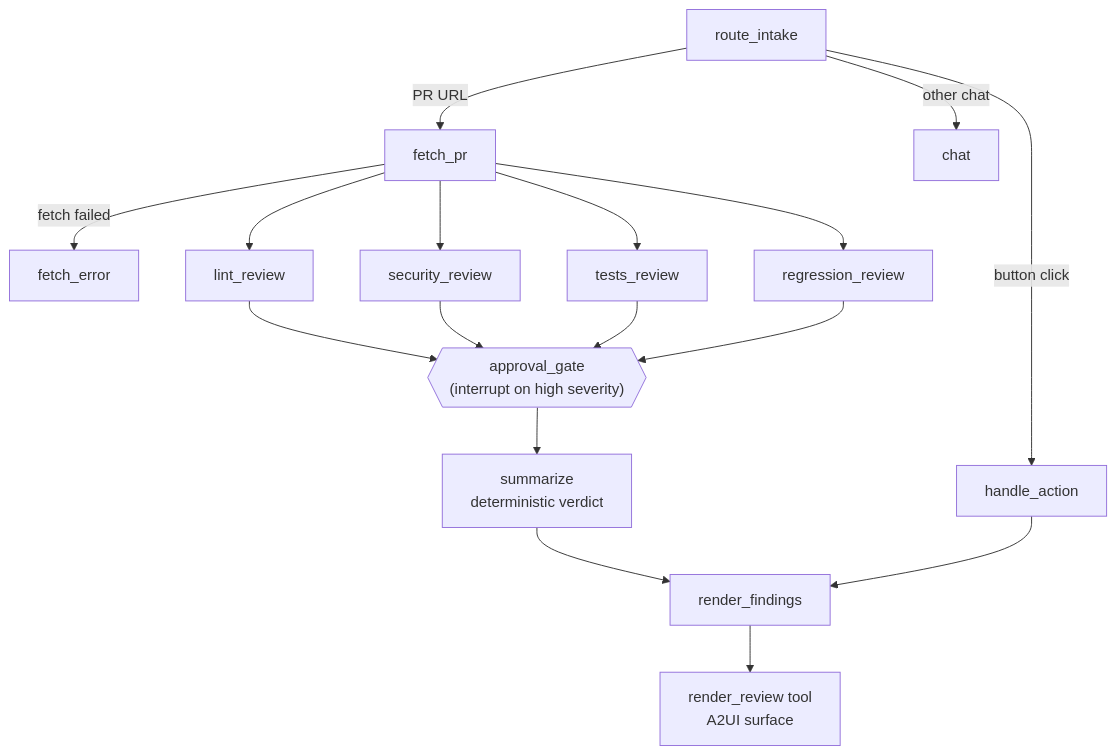
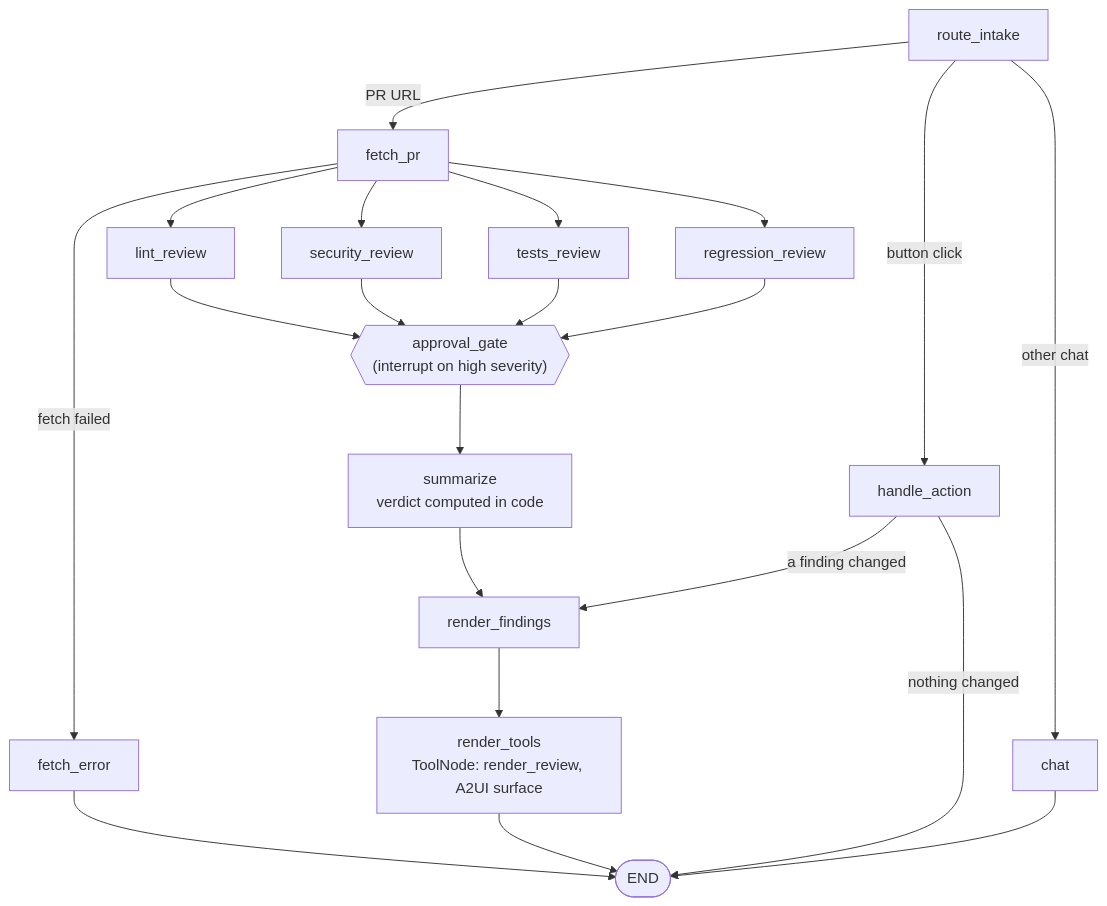
The diagram in README.md (pshashanka/review-deck), drawn with Mermaid before and after one commit. The commit also changed other lines of this file, not shown here.

````diff
--- a/README.md
+++ b/README.md
@@ -7,19 +7,23 @@
 ```mermaid
 flowchart TD
     A[route_intake] -->|PR URL| B[fetch_pr]
     A -->|button click| H[handle_action]
     A -->|other chat| C[chat]
     B -->|fetch failed| E[fetch_error]
     B --> L[lint_review]
     B --> S[security_review]
     B --> T[tests_review]
     B --> X[regression_review]
     L --> G{{"approval_gate<br/>(interrupt on high severity)"}}
     S --> G
     T --> G
     X --> G
-    G --> M[summarize<br/>deterministic verdict]
+    G --> M[summarize<br/>verdict computed in code]
     M --> R[render_findings]
-    H --> R
-    R --> U[render_review tool<br/>A2UI surface]
+    H -->|a finding changed| R
+    H -->|nothing changed| Z([END])
+    R --> U[render_tools<br/>ToolNode: render_review, A2UI surface]
+    U --> Z
+    E --> Z
+    C --> Z
 ```
````
